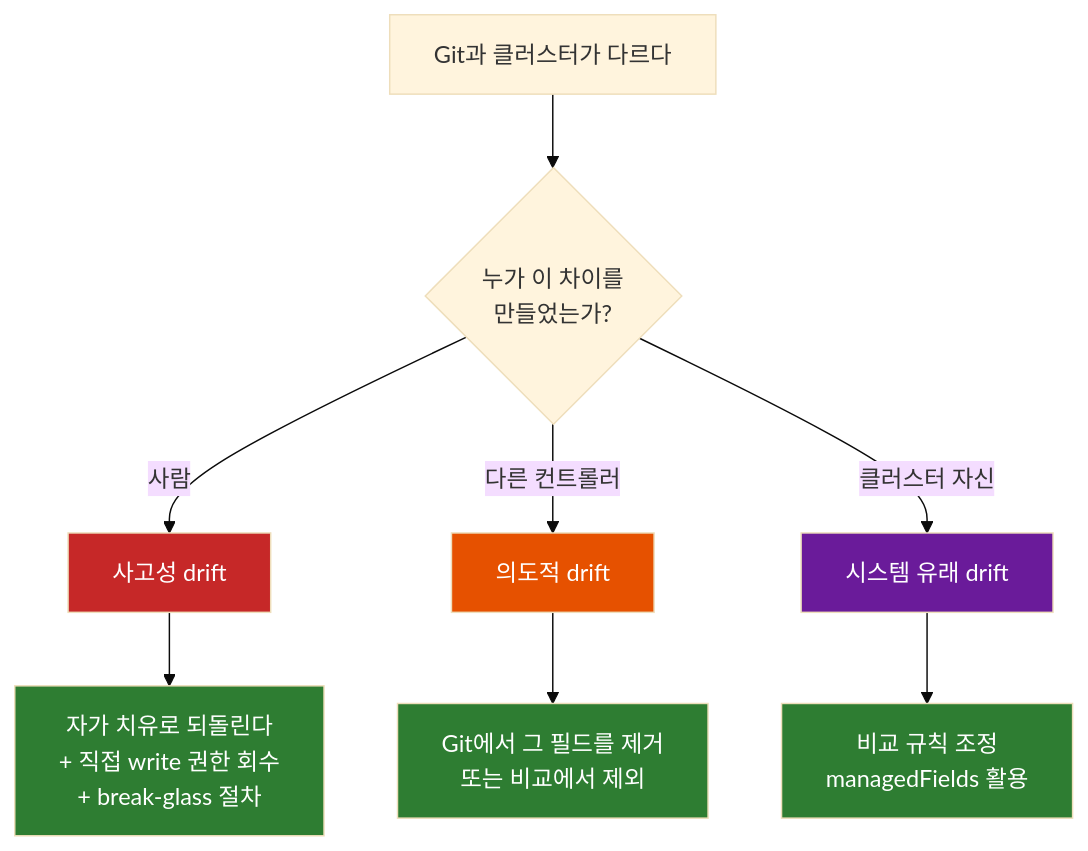
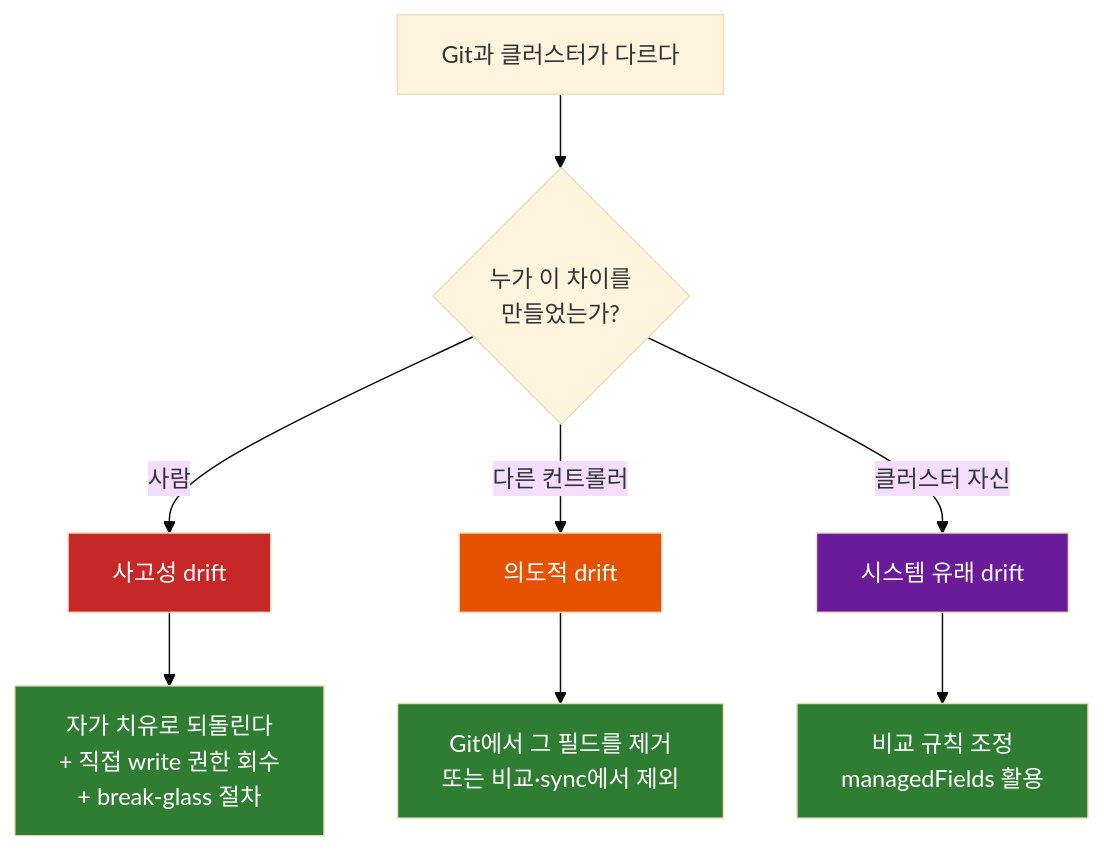
The seventh of 12 diagrams in devops/GitOps-Git을-Single-Source-of-Truth로-삼는-운영-모델.md (sskim91/TIL), drawn with Mermaid (base theme) before and after one commit. The commit also changed other lines of this file, not shown here.

````diff
--- a/devops/GitOps-Git을-Single-Source-of-Truth로-삼는-운영-모델.md
+++ b/devops/GitOps-Git을-Single-Source-of-Truth로-삼는-운영-모델.md
@@ -529,19 +531,19 @@
 ```mermaid
 flowchart TB
     D["Git과 클러스터가 다르다"] --> Q{"누가 이 차이를<br>만들었는가?"}
 
     Q -->|"사람"| A["사고성 drift"]
     Q -->|"다른 컨트롤러"| B["의도적 drift"]
     Q -->|"클러스터 자신"| C["시스템 유래 drift"]
 
     A --> A2["자가 치유로 되돌린다<br>+ 직접 write 권한 회수<br>+ break-glass 절차"]
-    B --> B2["Git에서 그 필드를 제거<br>또는 비교에서 제외"]
+    B --> B2["Git에서 그 필드를 제거<br>또는 비교·sync에서 제외"]
     C --> C2["비교 규칙 조정<br>managedFields 활용"]
 
     style A fill:#C62828,color:#fff
     style B fill:#E65100,color:#fff
     style C fill:#6A1B9A,color:#fff
     style A2 fill:#2E7D32,color:#fff
     style B2 fill:#2E7D32,color:#fff
     style C2 fill:#2E7D32,color:#fff
 ```
````
